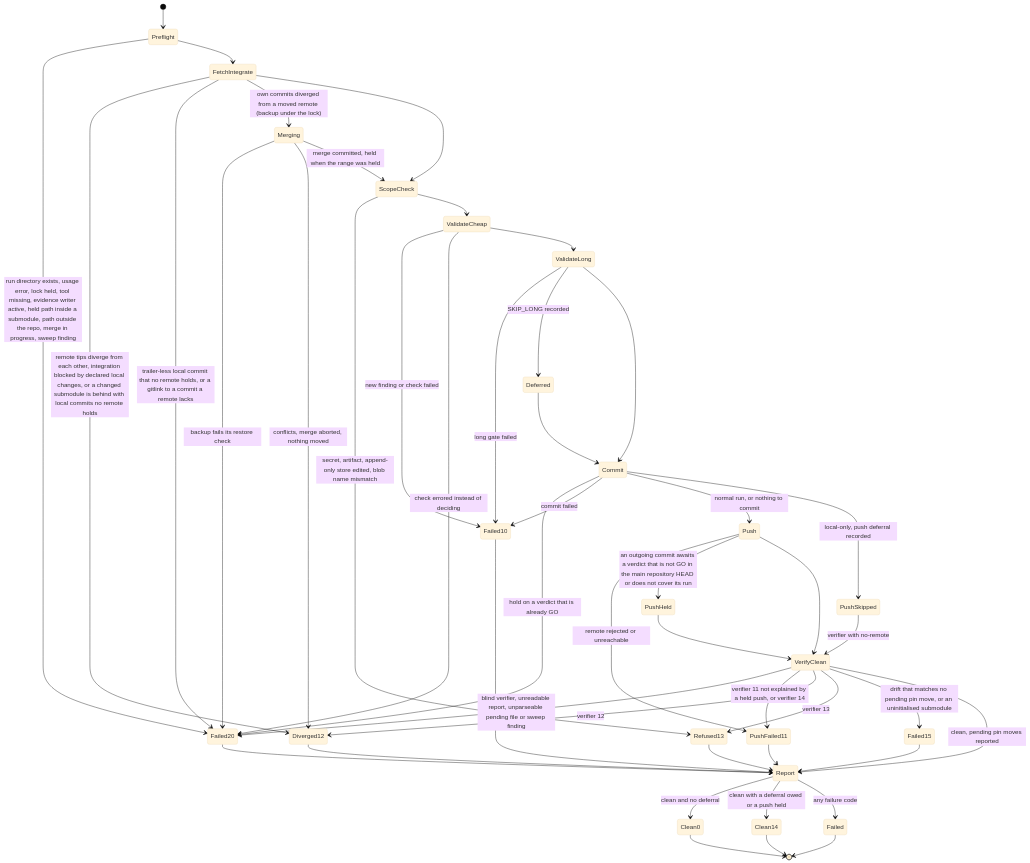
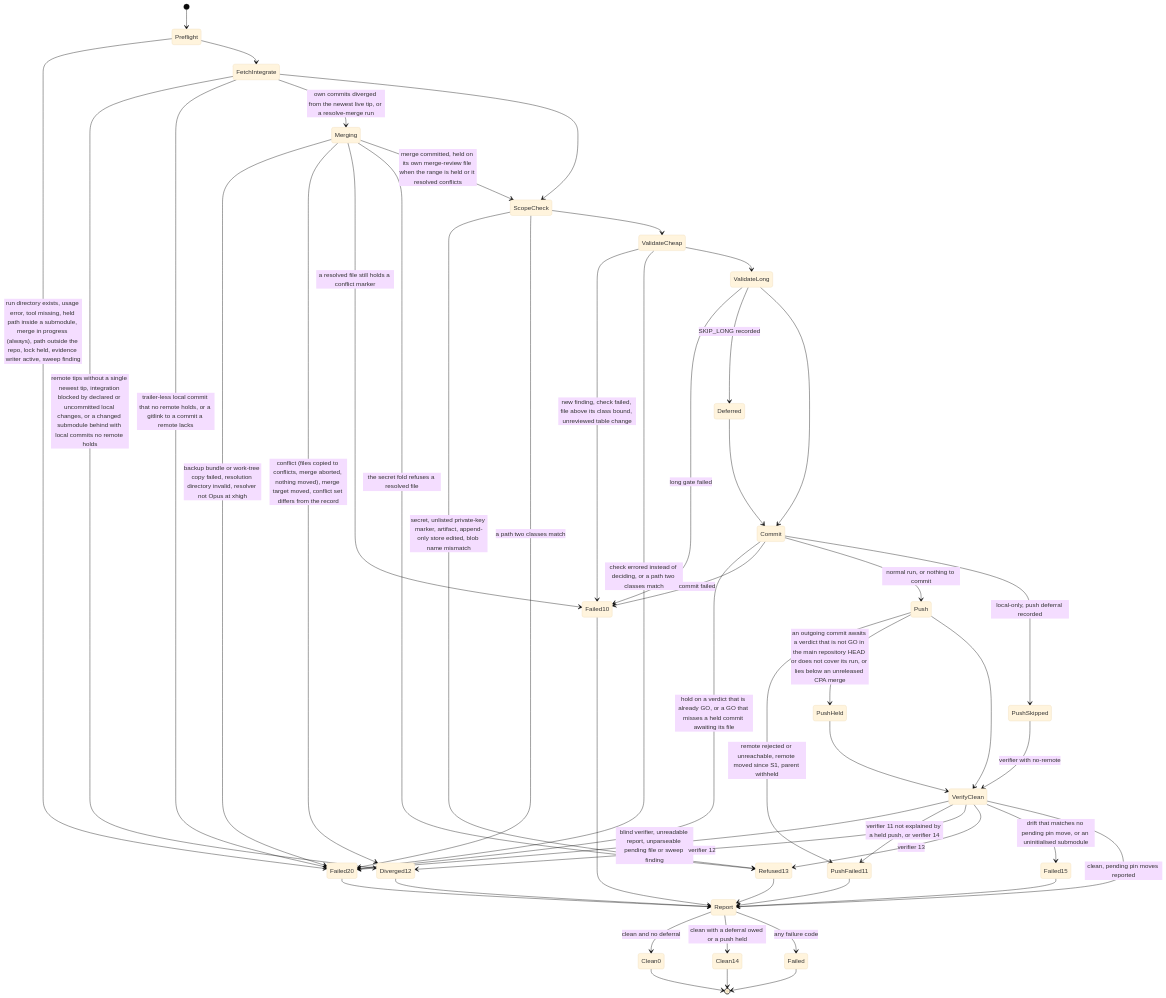
The fourth of 4 diagrams in specs/001-full-project-audit-remediation/docs/16-containerized-infrastructure-and-local-enforcement-plan.md (vasic-digital/catalogizer), drawn with Mermaid (base theme) before and after one commit. The commit also changed other lines of this file and 21 other files, not shown here.

First line of the commit message:
docs(spec): wave 11b - documents reconciled to tasks.md rev 11 (docs 16/12/11/15/01/13/03/10/19, 02/04/06/21, schemas, plan index)

````diff
--- a/specs/001-full-project-audit-remediation/docs/16-containerized-infrastructure-and-local-enforcement-plan.md
+++ b/specs/001-full-project-audit-remediation/docs/16-containerized-infrastructure-and-local-enforcement-plan.md
@@ -797,49 +829,52 @@
 ```mermaid
 stateDiagram-v2
   [*] --> Preflight
-  Preflight --> Failed20: run directory exists, usage error, lock held, tool missing, evidence writer active, held path inside a submodule, path outside the repo, merge in progress, sweep finding
+  Preflight --> Failed20: run directory exists, usage error, tool missing, held path inside a submodule, merge in progress (always), path outside the repo, lock held, evidence writer active, sweep finding
   Preflight --> FetchIntegrate
-  FetchIntegrate --> Diverged12: remote tips diverge from each other, integration blocked by declared local changes, or a changed submodule is behind with local commits no remote holds
+  FetchIntegrate --> Diverged12: remote tips without a single newest tip, integration blocked by declared or uncommitted local changes, or a changed submodule behind with local commits no remote holds
   FetchIntegrate --> Failed20: trailer-less local commit that no remote holds, or a gitlink to a commit a remote lacks
-  FetchIntegrate --> Merging: own commits diverged from a moved remote (backup under the lock)
-  Merging --> Failed20: backup fails its restore check
-  Merging --> Diverged12: conflicts, merge aborted, nothing moved
-  Merging --> ScopeCheck: merge committed, held when the range was held
+  FetchIntegrate --> Merging: own commits diverged from the newest live tip, or a resolve-merge run
+  Merging --> Failed20: backup bundle or work-tree copy failed, resolution directory invalid, resolver not Opus at xhigh
+  Merging --> Diverged12: conflict (files copied to conflicts, merge aborted, nothing moved), merge target moved, conflict set differs from the record
+  Merging --> Failed10: a resolved file still holds a conflict marker
+  Merging --> Refused13: the secret fold refuses a resolved file
+  Merging --> ScopeCheck: merge committed, held on its own merge-review file when the range is held or it resolved conflicts
   FetchIntegrate --> ScopeCheck
-  ScopeCheck --> Refused13: secret, artifact, append-only store edited, blob name mismatch
+  ScopeCheck --> Refused13: secret, unlisted private-key marker, artifact, append-only store edited, blob name mismatch
+  ScopeCheck --> Failed20: a path two classes match
   ScopeCheck --> ValidateCheap
-  ValidateCheap --> Failed10: new finding or check failed
-  ValidateCheap --> Failed20: check errored instead of deciding
+  ValidateCheap --> Failed10: new finding, check failed, file above its class bound, unreviewed table change
+  ValidateCheap --> Failed20: check errored instead of deciding, or a path two classes match
   ValidateCheap --> ValidateLong
   ValidateLong --> Failed10: long gate failed
   ValidateLong --> Deferred: SKIP_LONG recorded
   ValidateLong --> Commit
   Deferred --> Commit
-  Commit --> Failed20: hold on a verdict that is already GO
+  Commit --> Failed20: hold on a verdict that is already GO, or a GO that misses a held commit awaiting its file
   Commit --> Failed10: commit failed
   Commit --> Push: normal run, or nothing to commit
   Commit --> PushSkipped: local-only, push deferral recorded
-  Push --> PushFailed11: remote rejected or unreachable
-  Push --> PushHeld: an outgoing commit awaits a verdict that is not GO in the main repository HEAD or does not cover its run
+  Push --> PushFailed11: remote rejected or unreachable, remote moved since S1, parent withheld
+  Push --> PushHeld: an outgoing commit awaits a verdict that is not GO in the main repository HEAD or does not cover its run, or lies below an unreleased CPA merge
   Push --> VerifyClean
   PushHeld --> VerifyClean
   PushSkipped --> VerifyClean: verifier with no-remote
   VerifyClean --> Failed20: blind verifier, unreadable report, unparseable pending file or sweep finding
   VerifyClean --> PushFailed11: verifier 11 not explained by a held push, or verifier 14
   VerifyClean --> Diverged12: verifier 12
   VerifyClean --> Refused13: verifier 13
   VerifyClean --> Failed15: drift that matches no pending pin move, or an uninitialised submodule
   VerifyClean --> Report: clean, pending pin moves reported
   Failed10 --> Report
   PushFailed11 --> Report
   Diverged12 --> Report
   Refused13 --> Report
   Failed15 --> Report
   Failed20 --> Report
   Report --> Clean0: clean and no deferral
   Report --> Clean14: clean with a deferral owed or a push held
   Report --> Failed: any failure code
   Clean0 --> [*]
   Clean14 --> [*]
   Failed --> [*]
 ```
````
